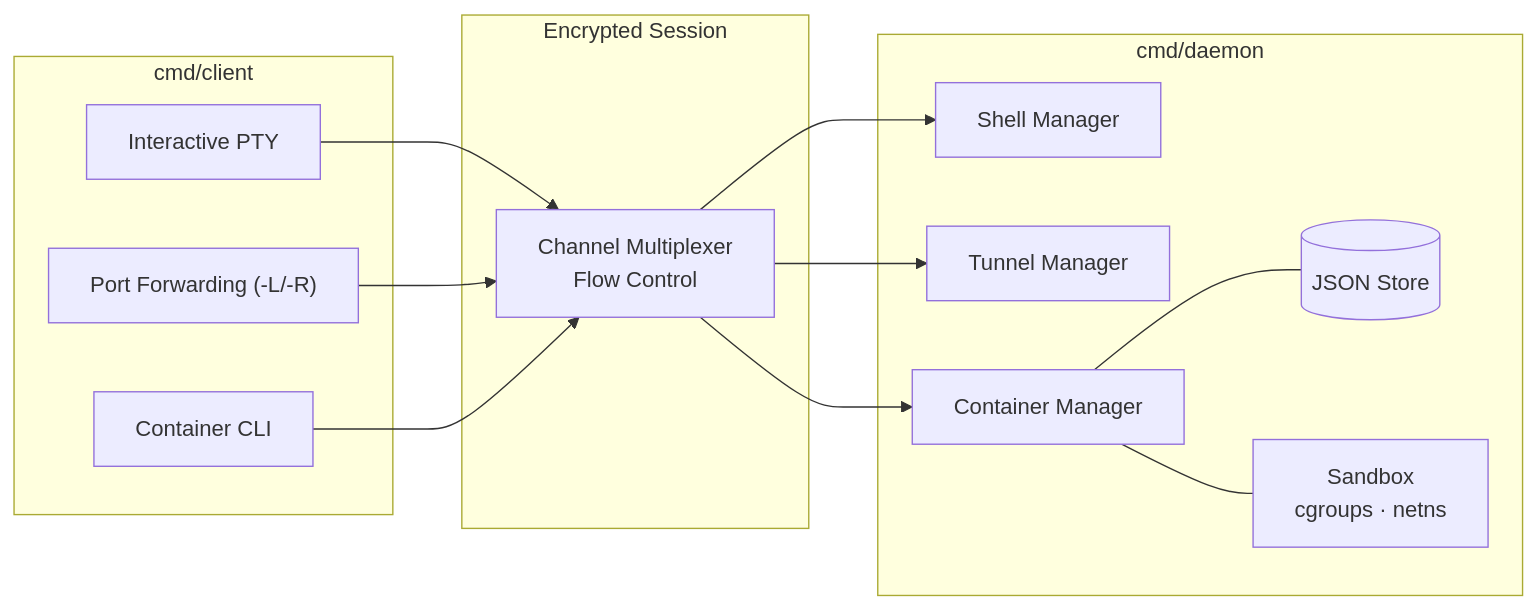
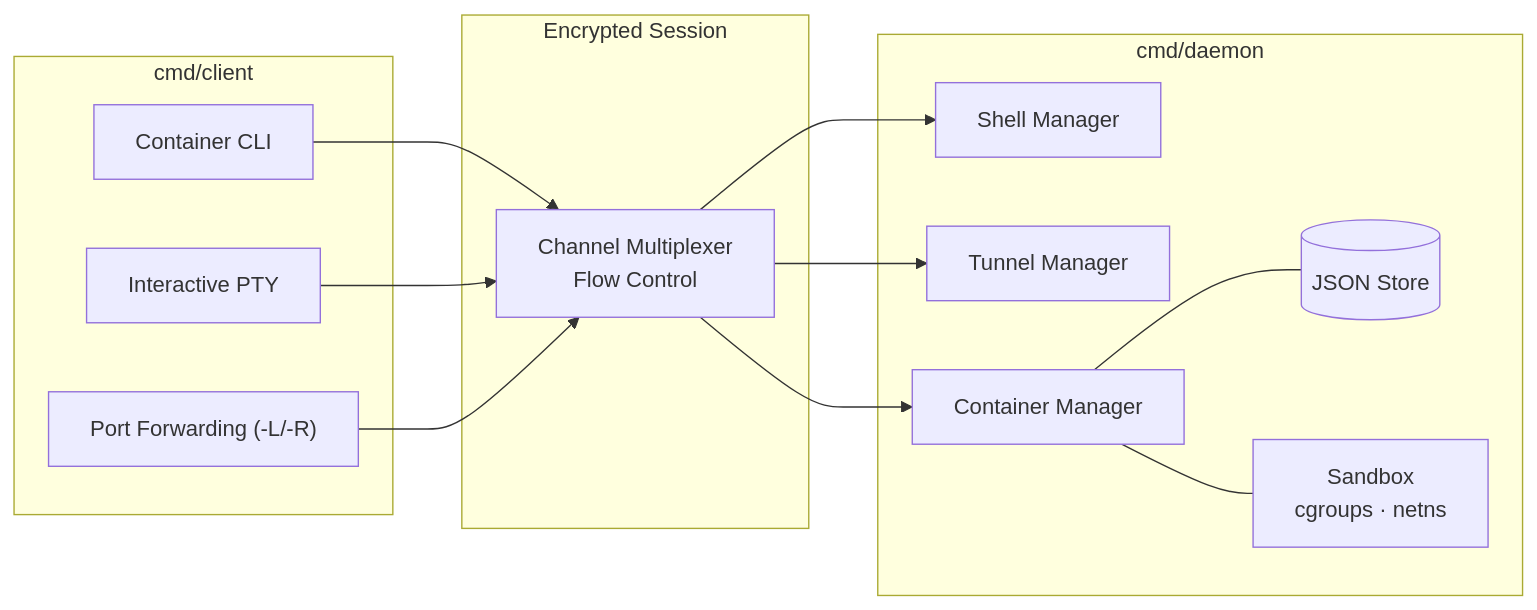
The diagram in README.md (the-mhdi/shellforge), drawn with Mermaid before and after one commit. The commit also changed other lines of this file, not shown here.

````diff
--- a/README.md
+++ b/README.md
@@ -14,30 +14,30 @@
 ```mermaid
 flowchart LR
 
     subgraph Client["cmd/client"]
         C1["Interactive PTY"]
         C2["Port Forwarding (-L/-R)"]
         C3["Container CLI"]
     end
 
     subgraph Wire["Encrypted Session"]
         M["Channel Multiplexer<br/>Flow Control"]
     end
 
     subgraph Daemon["cmd/daemon"]
         D1["Shell Manager"]
         D2["Tunnel Manager"]
         D3["Container Manager"]
         DB[("JSON Store")]
         SB["Sandbox<br/>cgroups · netns"]
     end
 
+    C3 --> M
     C1 --> M
     C2 --> M
-    C3 --> M
     M --> D1
     M --> D2
     M --> D3
     D3 --- SB
     D3 --- DB
 ```
````
